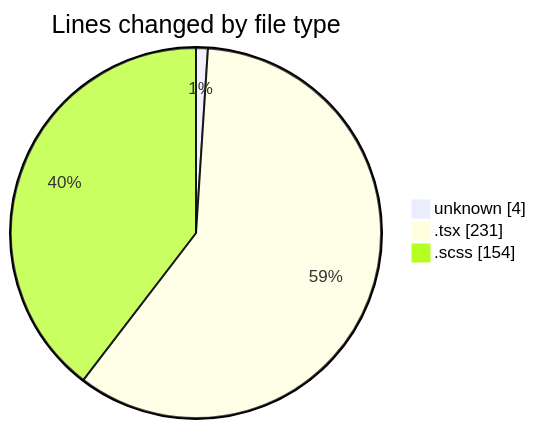
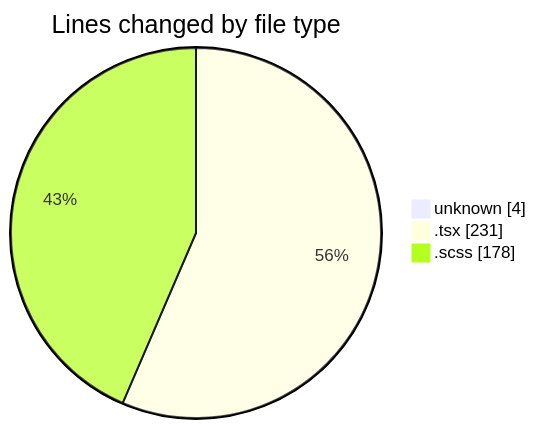
Before and after one commit to momahboobian/code-tracking: the first of 2 diagrams in 2025-02-14/cda/README.md, drawn with Mermaid. The commit also changed other lines of this file and 1 other file, not shown here.

````diff
--- a/2025-02-14/cda/README.md
+++ b/2025-02-14/cda/README.md
@@ -22,7 +22,7 @@
 ```mermaid
 pie showData
 title Lines changed by file type
 "unknown" : 4
 ".tsx" : 231
-".scss" : 154
+".scss" : 178
 ```
````
